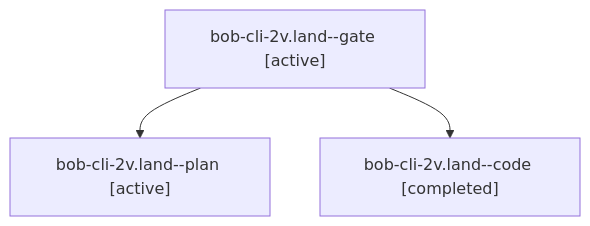
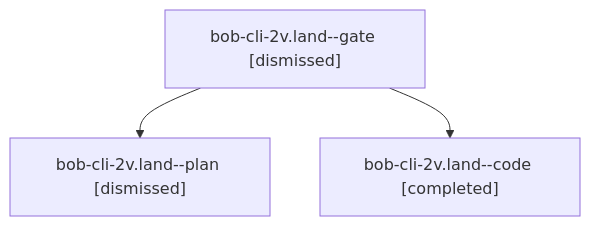
The diagram in sessions/bbugyi200.apollo.bob-cli-2v.land.md (bobs-org/bob-cli--agents), drawn with Mermaid before and after one commit. The commit also changed other lines of this file and 64 other files, not shown here.

````diff
--- a/sessions/bbugyi200.apollo.bob-cli-2v.land.md
+++ b/sessions/bbugyi200.apollo.bob-cli-2v.land.md
@@ -9,8 +9,8 @@
 ```mermaid
 flowchart TD
-  n0["bob-cli-2v.land--gate [active]"]
-  n1["bob-cli-2v.land--plan [active]"]
+  n0["bob-cli-2v.land--gate [dismissed]"]
+  n1["bob-cli-2v.land--plan [dismissed]"]
   n0 --> n1
   n2["bob-cli-2v.land--code [completed]"]
   n0 --> n2
 ```
````
